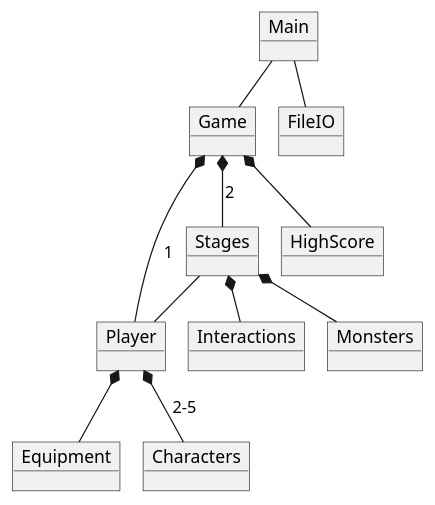
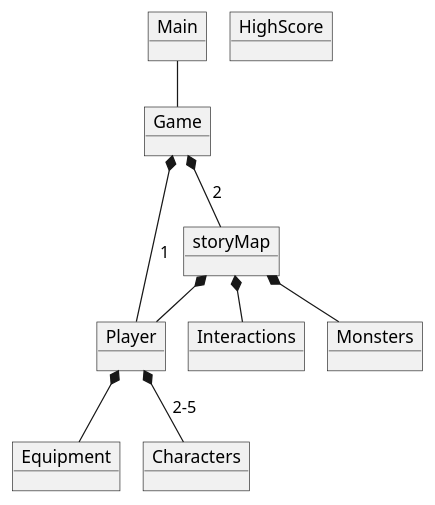
Before and after one commit to Berry1196/DungeonCrawler: the diagram in out/production/ICE/diagrams/DomæneModel.puml, drawn with PlantUML. The commit also changed 3 other files, not shown here.

```diff
--- a/out/production/ICE/diagrams/DomæneModel.puml
+++ b/out/production/ICE/diagrams/DomæneModel.puml
@@ -1,31 +1,29 @@
 @startuml
 !pragma layout smetana
 
 Object Main
 Object Game
 Object Player
-Object Stages
+Object storyMap
 Object Equipment
 Object Interactions
 Object HighScore
 Object Monsters
 Object Characters
-Object FileIO
+
 
 
 
 
 Main -- Game
-Main -- FileIO
-Game *-- Stages : 2
+Game *-- storyMap: 2
 Game *-- Player : 1
-Game *-- HighScore
 Player *-- Characters : 2-5
 Player *-- Equipment
-Stages -- Player
-Stages *-- Monsters
-Stages *-- Interactions
+storyMap *-- Player
+storyMap *-- Monsters
+storyMap *-- Interactions
 
 
 
 @enduml
```
